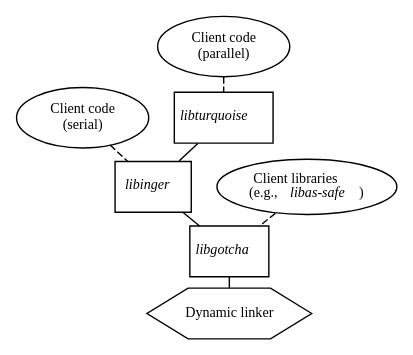
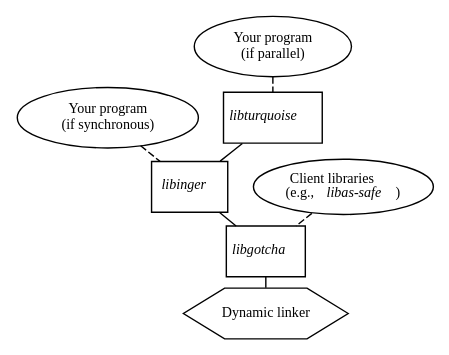
One commit to solb/thesis changed the diagram in figs/architecture.dot. Above: the diagram before and after it, drawn with Graphviz.

Commit message:
figs/architecture.dot: Relabel the ill-defined "Client code" as "Your program"

```diff
--- a/figs/architecture.dot
+++ b/figs/architecture.dot
@@ -1,36 +1,36 @@
 strict graph {
 	margin=0;
 	ranksep=0;
 
 	node [fontsize=10,margin=0.05];
 
 	{
 		node [shape=oval];
 
-		serialclient [label="Client code\n(serial)"];
-		parallelclient [label="Client code\n(parallel)"];
+		serialclient [label="Your program\n(if synchronous)"];
+		parallelclient [label="Your program\n(if parallel)"];
 		libassafe [label=<Client libraries<br/>(e.g., <i>libas-safe</i>)>];
 	}
 
 	{
 		node [shape=box];
 
 		libturquoise [label=<<i>libturquoise</i>>];
 		libinger [label=<<i>libinger</i>>];
 		libgotcha [label=<<i>libgotcha</i>>];
 	}
 
 	rtld [shape=hexagon,label="Dynamic linker"];
 
 	libturquoise -- libinger;
 	libinger -- libgotcha;
 	libgotcha -- rtld;
 
 	{
 		edge [style=dashed];
 
 		serialclient -- libinger;
 		parallelclient -- libturquoise;
 		libassafe -- libgotcha;
 	}
 }
```
